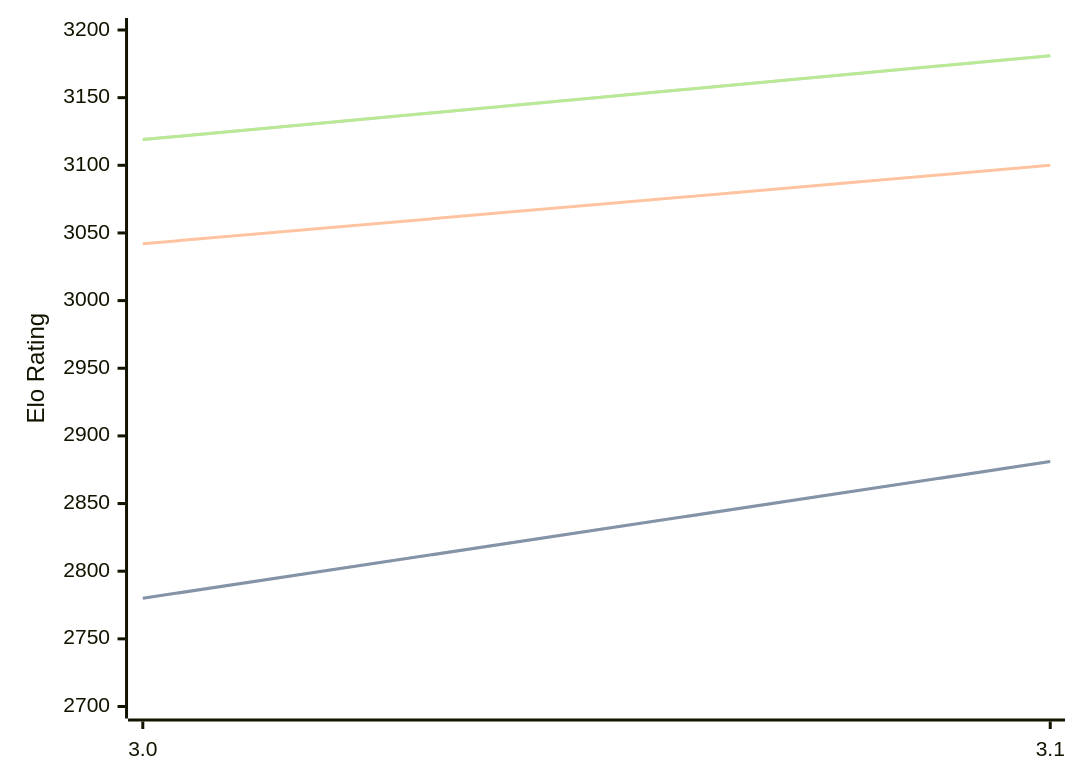
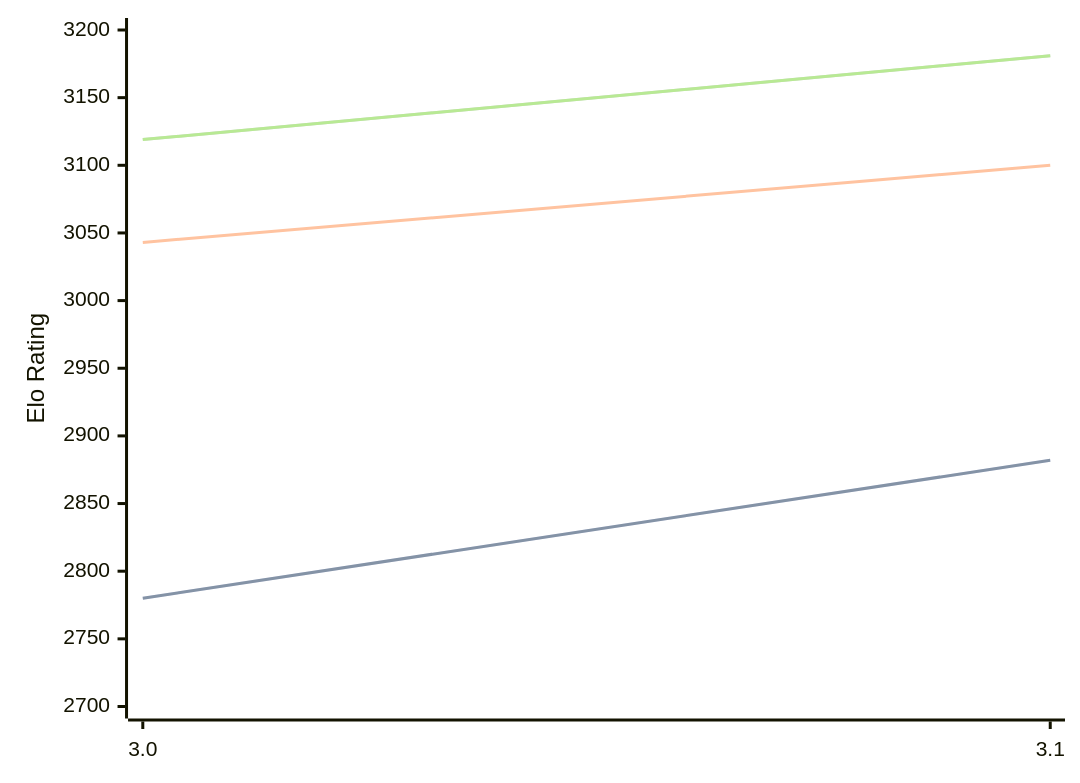
One commit to computer-chess-index/cci changed the diagram in engines/Vajolet2.md. Above: the diagram before and after it, drawn with Mermaid. The commit also changed other lines of this file, not shown here.

````diff
--- a/engines/Vajolet2.md
+++ b/engines/Vajolet2.md
@@ -40,11 +40,11 @@
 ```mermaid
 %%{init: {"theme":"base","themeVariables":{"seriesColors:['#a3a3a3','#222221','#faa371']}}}%%
 xychart-beta
   x-axis ["3.0", "3.1"]
   y-axis "Elo Rating" 2700 --> 3200
-  line "STC (8.0+0.08s)" [2780, 2881]
-  line "STC (8.0+0.08s)" [2780, 2881]
-  line "LTC (60.0+0.60s)" [3042, 3100]
+  line "STC (8.0+0.08s)" [2780, 2882]
+  line "STC (8.0+0.08s)" [2780, 2882]
+  line "LTC (60.0+0.60s)" [3043, 3100]
   line "VLTC (2m24s+1.12s)" [3119, 3181]
   line "VLTC (2m24s+1.12s)" [3119, 3181]
 ```
````
